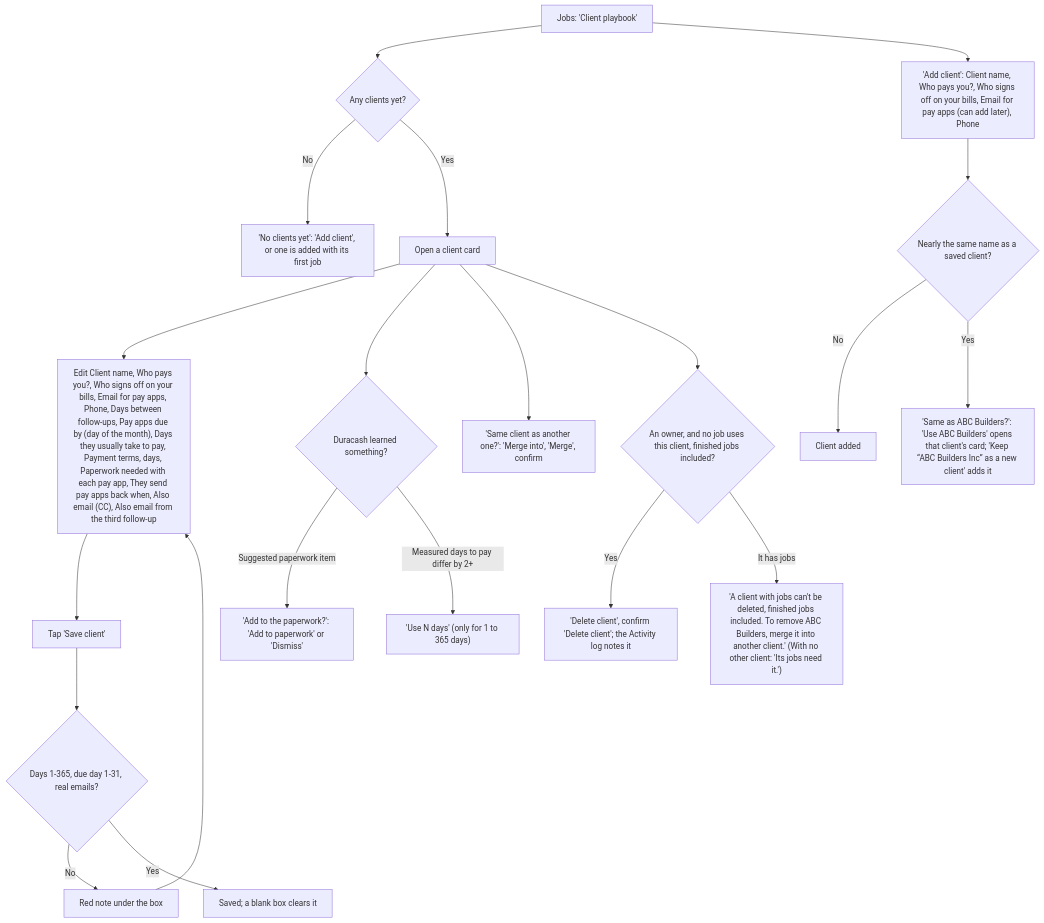
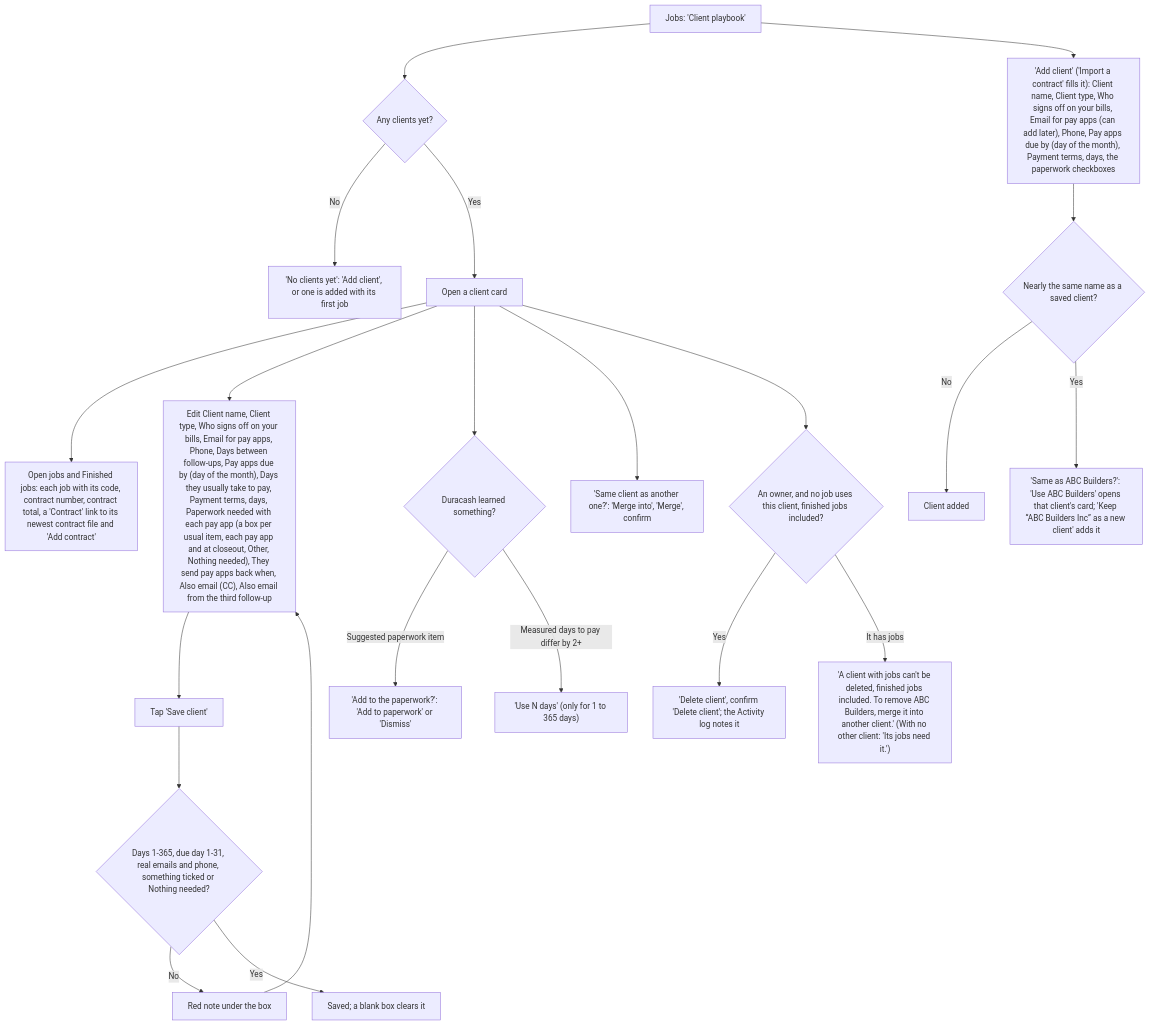
Diagram 15 of 15 in docs/client-flows.md (cartwrightstephen/billdable), drawn with Mermaid before and after one commit. The commit also changed other lines of this file and 13 other files, not shown here.

````diff
--- a/docs/client-flows.md
+++ b/docs/client-flows.md
@@ -540,23 +555,24 @@
 ```mermaid
 flowchart TD
     A["Jobs: 'Client playbook'"] --> B{"Any clients yet?"}
     B -->|"No"| C["'No clients yet': 'Add client', or one is added with its first job"]
     B -->|"Yes"| D["Open a client card"]
-    A --> AC["'Add client': Client name, Who pays you?, Who signs off on your bills, Email for pay apps (can add later), Phone"]
+    A --> AC["'Add client' ('Import a contract' fills it): Client name, Client type, Who signs off on your bills, Email for pay apps (can add later), Phone, Pay apps due by (day of the month), Payment terms, days, the paperwork checkboxes"]
     AC --> AN{"Nearly the same name as a saved client?"}
     AN -->|"No"| AD["Client added"]
     AN -->|"Yes"| AQ["'Same as ABC Builders?': 'Use ABC Builders' opens that client's card; 'Keep “ABC Builders Inc” as a new client' adds it"]
-    D --> E["Edit Client name, Who pays you?, Who signs off on your bills, Email for pay apps, Phone, Days between follow-ups, Pay apps due by (day of the month), Days they usually take to pay, Payment terms, days, Paperwork needed with each pay app, They send pay apps back when, Also email (CC), Also email from the third follow-up"]
+    D --> JB["Open jobs and Finished jobs: each job with its code, contract number, contract total, a 'Contract' link to its newest contract file and 'Add contract'"]
+    D --> E["Edit Client name, Client type, Who signs off on your bills, Email for pay apps, Phone, Days between follow-ups, Pay apps due by (day of the month), Days they usually take to pay, Payment terms, days, Paperwork needed with each pay app (a box per usual item, each pay app and at closeout, Other, Nothing needed), They send pay apps back when, Also email (CC), Also email from the third follow-up"]
     E --> F["Tap 'Save client'"]
-    F --> G{"Days 1-365, due day 1-31, real emails?"}
+    F --> G{"Days 1-365, due day 1-31, real emails and phone, something ticked or Nothing needed?"}
     G -->|"No"| H["Red note under the box"]
     H --> E
     G -->|"Yes"| I["Saved; a blank box clears it"]
     D --> J{"Duracash learned something?"}
     J -->|"Suggested paperwork item"| K["'Add to the paperwork?': 'Add to paperwork' or 'Dismiss'"]
     J -->|"Measured days to pay differ by 2+"| L["'Use N days' (only for 1 to 365 days)"]
     D --> MG["'Same client as another one?': 'Merge into', 'Merge', confirm"]
     D --> DL{"An owner, and no job uses this client, finished jobs included?"}
     DL -->|"Yes"| DY["'Delete client', confirm 'Delete client'; the Activity log notes it"]
     DL -->|"It has jobs"| DN["'A client with jobs can't be deleted, finished jobs included. To remove ABC Builders, merge it into another client.' (With no other client: 'Its jobs need it.')"]
 ```
````
